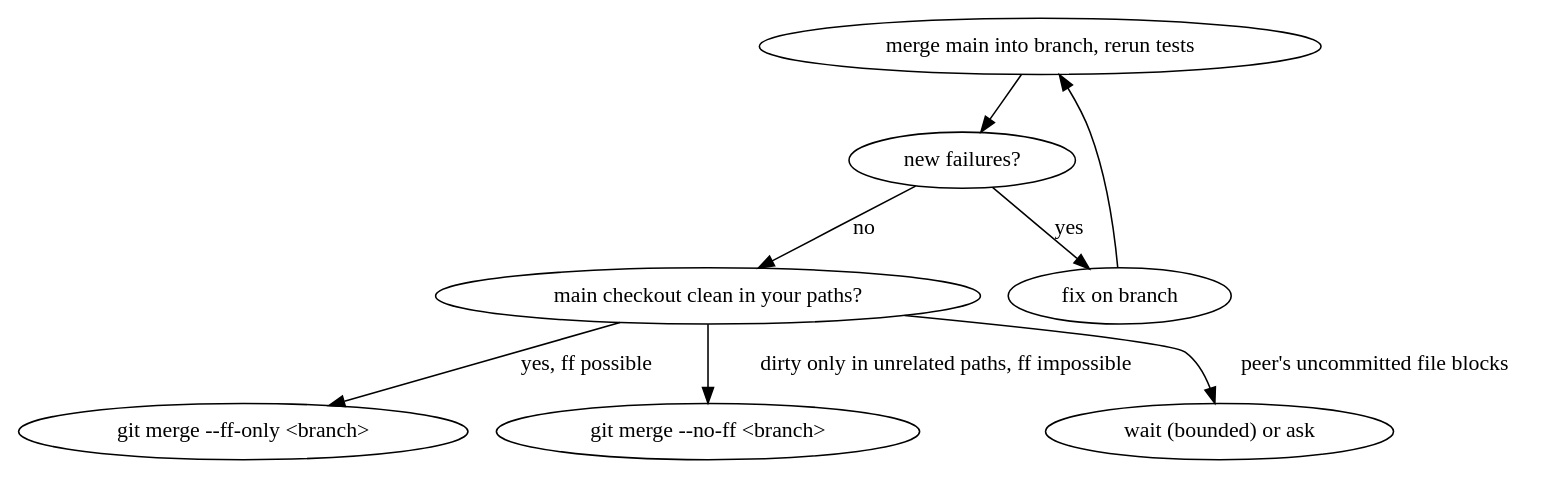
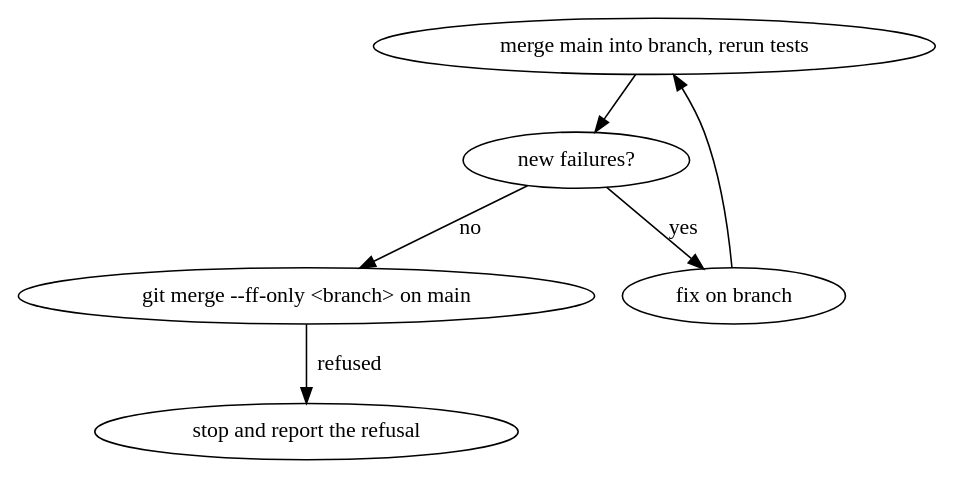
Before and after one commit to robotics-team-1213/rosy-platform: the diagram in .claude/skills/rosy-land-on-main/SKILL.md, drawn with Graphviz. The commit also changed other lines of this file and 1 other file, not shown here.

First line of the commit message:
docs(agents): point shared git landing at the umbrella rules

````diff
--- a/.claude/skills/rosy-land-on-main/SKILL.md
+++ b/.claude/skills/rosy-land-on-main/SKILL.md
@@ -73,11 +73,9 @@
 ```dot
 digraph land {
   "merge main into branch, rerun tests" -> "new failures?";
   "new failures?" -> "fix on branch" [label="yes"];
   "fix on branch" -> "merge main into branch, rerun tests";
-  "new failures?" -> "main checkout clean in your paths?" [label="no"];
-  "main checkout clean in your paths?" -> "git merge --ff-only <branch>" [label="yes, ff possible"];
-  "main checkout clean in your paths?" -> "git merge --no-ff <branch>" [label="dirty only in unrelated paths, ff impossible"];
-  "main checkout clean in your paths?" -> "wait (bounded) or ask" [label="peer's uncommitted file blocks"];
+  "new failures?" -> "git merge --ff-only <branch> on main" [label="no"];
+  "git merge --ff-only <branch> on main" -> "stop and report the refusal" [label="refused"];
 }
 ```
````
